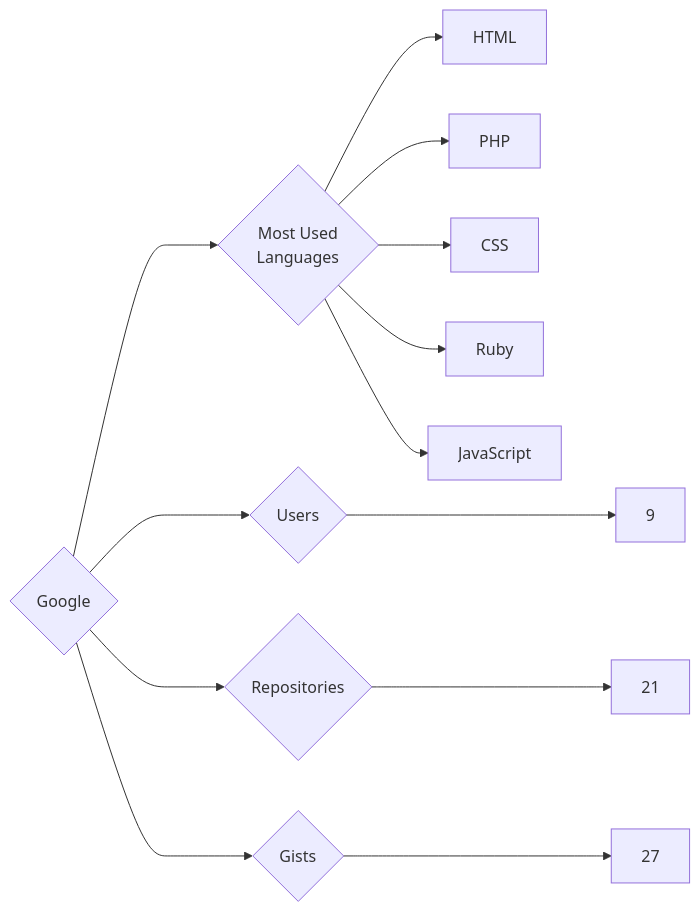
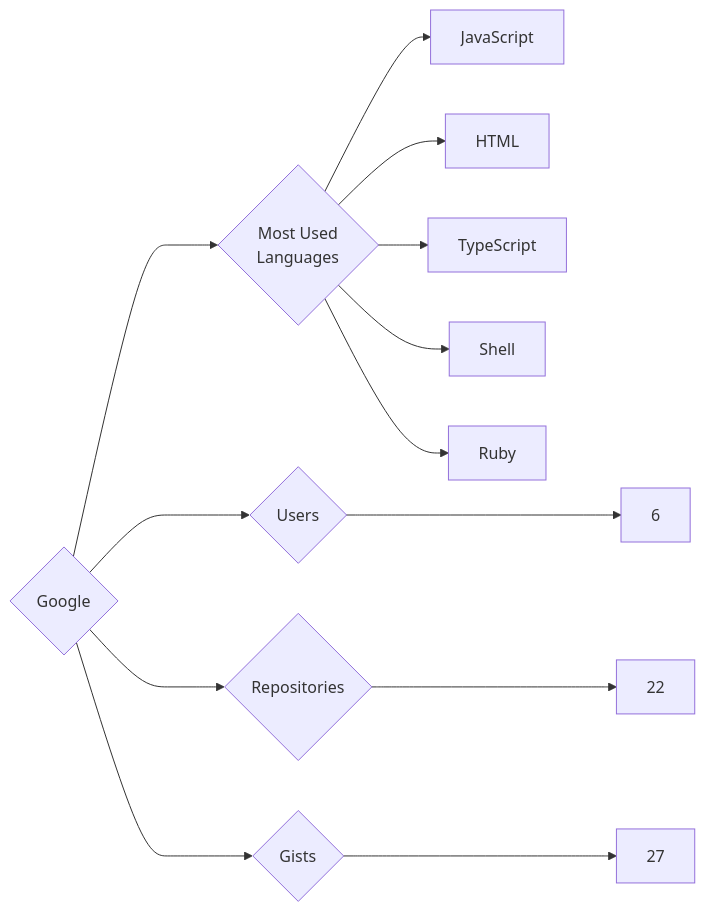
Before and after one commit to trickest/insiders: the diagram in targets/Google/README.md, drawn with Mermaid. The commit also changed 942 other files, not shown here.

````diff
--- a/targets/Google/README.md
+++ b/targets/Google/README.md
@@ -3,13 +3,13 @@
 ```mermaid
 graph LR
 COMPANY_NAME{Google}
-COMPANY_NAME ---> U{Users} ---> UN[9]
-COMPANY_NAME ---> R{Repositories} ---> RN[21]
+COMPANY_NAME ---> U{Users} ---> UN[6]
+COMPANY_NAME ---> R{Repositories} ---> RN[22]
 COMPANY_NAME ---> G{Gists} ---> GN[27]
 COMPANY_NAME ---> ML{Most Used<br>Languages}
+ML --> JavaScript[JavaScript]
 ML --> HTML[HTML]
-ML --> PHP[PHP]
-ML --> CSS[CSS]
+ML --> TypeScript[TypeScript]
+ML --> Shell[Shell]
 ML --> Ruby[Ruby]
-ML --> JavaScript[JavaScript]
 ```
````
